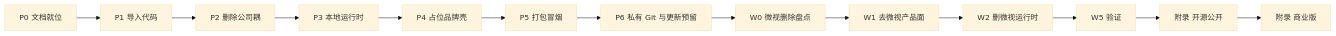
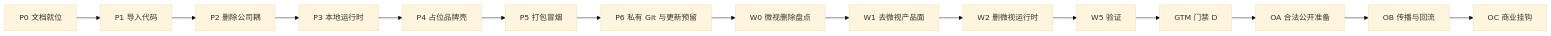
The diagram in docs/02-phases-overview.md (gao-shu/local-creator), drawn with Mermaid (base theme) before and after one commit. The commit also changed other lines of this file and 38 other files, not shown here.

````diff
--- a/docs/02-phases-overview.md
+++ b/docs/02-phases-overview.md
@@ -3,15 +3,17 @@
 ```mermaid
 flowchart LR
   P0[P0 文档就位] --> P1[P1 导入代码]
   P1 --> P2[P2 删除公司耦]
   P2 --> P3[P3 本地运行时]
   P3 --> P4[P4 占位品牌壳]
   P4 --> P5[P5 打包冒烟]
   P5 --> P6[P6 私有 Git 与更新预留]
   P6 --> W0[W0 微视删除盘点]
   W0 --> W1[W1 去微视产品面]
   W1 --> W2[W2 删微视运行时]
   W2 --> W5[W5 验证]
-  W5 --> OS[附录 开源公开]
-  OS --> COM[附录 商业版]
+  W5 --> D[GTM 门禁 D]
+  D --> OA[OA 合法公开准备]
+  OA --> OB[OB 传播与回流]
+  OB --> OC[OC 商业挂钩]
 ```
````
